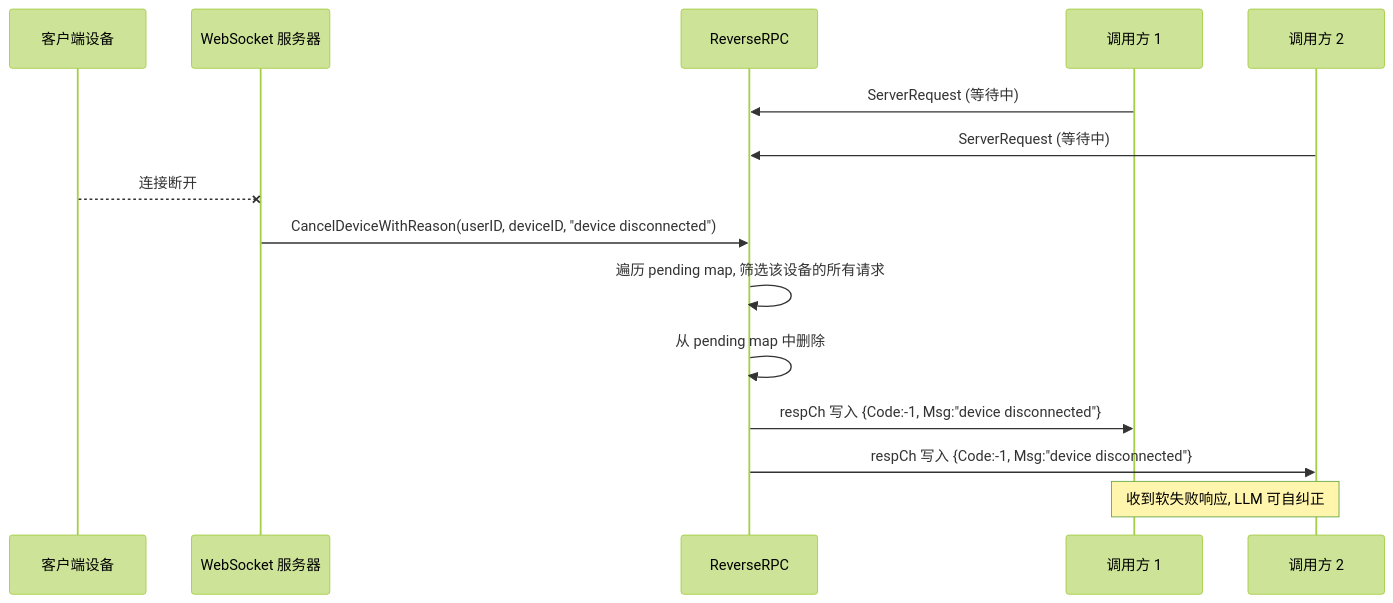
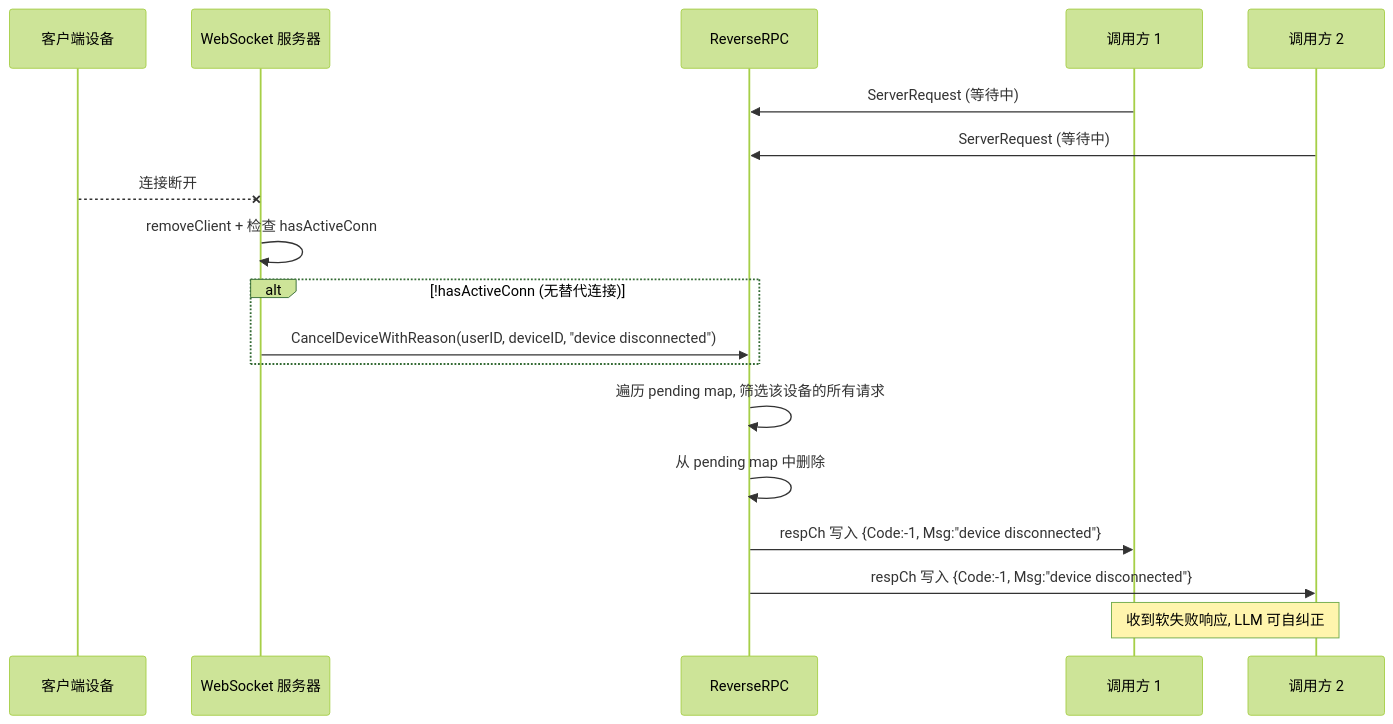
The seventh of 10 diagrams in wiki/flows/function-registry.md (PineappleBond/xyncra-server), drawn with Mermaid (forest theme) before and after one commit. The commit also changed other lines of this file and 21 other files, not shown here.

Commit message:
docs(wiki): add edge cases and fix inaccuracies across all flow documents

````diff
--- a/wiki/flows/function-registry.md
+++ b/wiki/flows/function-registry.md
@@ -388,18 +391,21 @@
 ```mermaid
 sequenceDiagram
     participant Client as 客户端设备
     participant WS as WebSocket 服务器
     participant RPC as ReverseRPC
     participant Caller1 as 调用方 1
     participant Caller2 as 调用方 2
 
     Caller1->>RPC: ServerRequest (等待中)
     Caller2->>RPC: ServerRequest (等待中)
     Client--xWS: 连接断开
-    WS->>RPC: CancelDeviceWithReason(userID, deviceID, "device disconnected")
+    WS->>WS: removeClient + 检查 hasActiveConn
+    alt !hasActiveConn (无替代连接)
+        WS->>RPC: CancelDeviceWithReason(userID, deviceID, "device disconnected")
+    end
     RPC->>RPC: 遍历 pending map, 筛选该设备的所有请求
     RPC->>RPC: 从 pending map 中删除
     RPC->>Caller1: respCh 写入 {Code:-1, Msg:"device disconnected"}
     RPC->>Caller2: respCh 写入 {Code:-1, Msg:"device disconnected"}
     Note over Caller1,Caller2: 收到软失败响应, LLM 可自纠正
 ```
````
